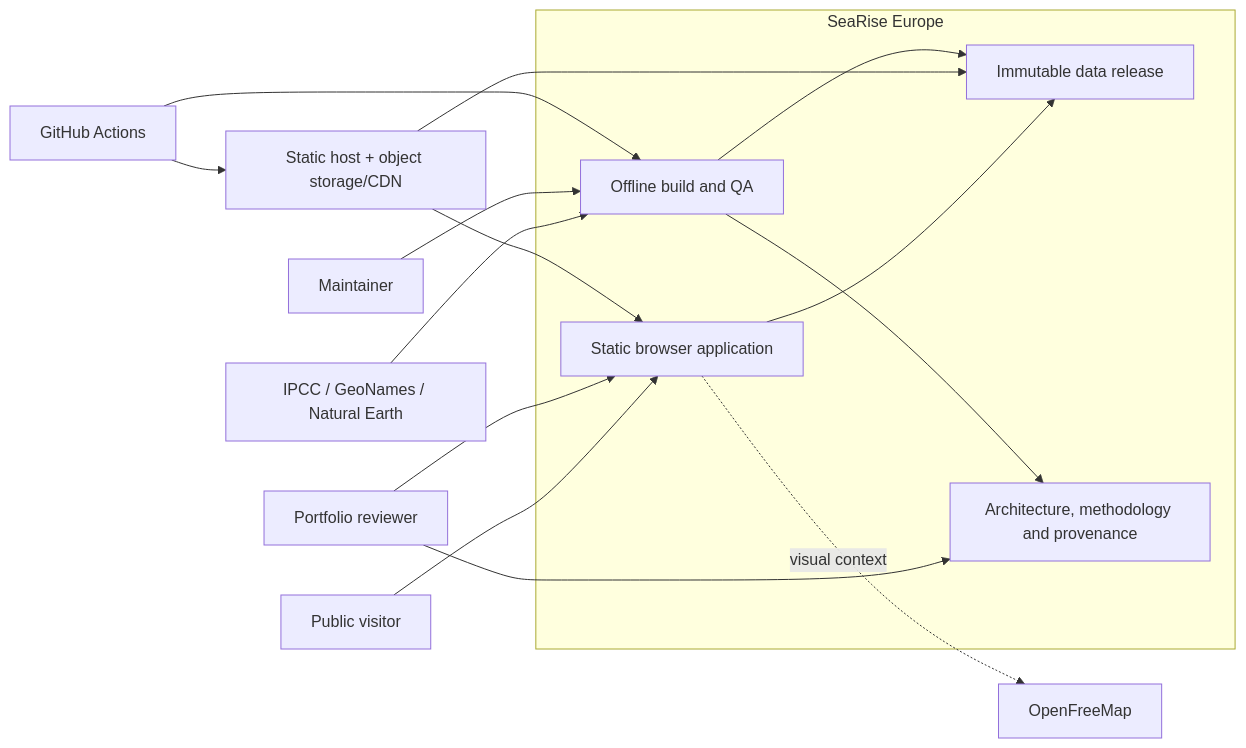
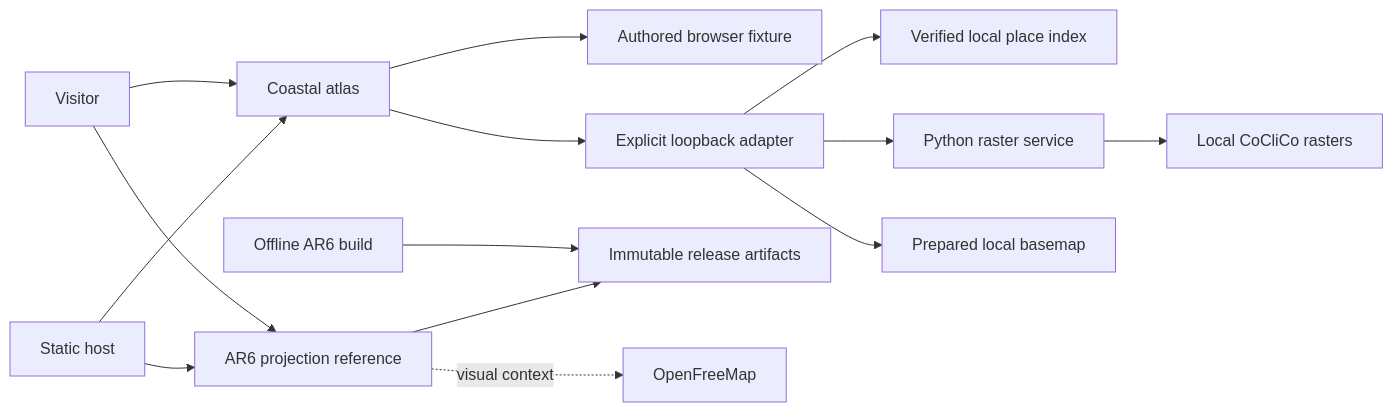
The diagram in docs/architecture/01-system-context.md (artemsemdev/SeaRise-Europe), drawn with Mermaid before and after one commit. The commit also changed other lines of this file and 1 other file, not shown here.

Commit message:
docs(architecture): describe current atlas and projection boundaries

````diff
--- a/docs/architecture/01-system-context.md
+++ b/docs/architecture/01-system-context.md
@@ -58,32 +44,16 @@
 ```mermaid
 flowchart LR
-    Visitor[Public visitor]
-    Reviewer[Portfolio reviewer]
-    Maintainer[Maintainer]
-
-    subgraph SRE[SeaRise Europe]
-        Browser[Static browser application]
-        Release[Immutable data release]
-        Pipeline[Offline build and QA]
-        Evidence[Architecture, methodology and provenance]
-    end
-
-    Sources[IPCC / GeoNames / Natural Earth]
-    Host[Static host + object storage/CDN]
-    Basemap[OpenFreeMap]
-    CI[GitHub Actions]
-
-    Visitor --> Browser
-    Reviewer --> Browser
-    Reviewer --> Evidence
-    Browser --> Release
-    Browser -. visual context .-> Basemap
-    Host --> Browser
-    Host --> Release
-    Sources --> Pipeline
-    Maintainer --> Pipeline
-    Pipeline --> Release
-    Pipeline --> Evidence
-    CI --> Pipeline
-    CI --> Host
+    User[Visitor] --> Atlas[Coastal atlas]
+    Atlas --> Fixture[Authored browser fixture]
+    Atlas --> Local[Explicit loopback adapter]
+    Local --> Places[Verified local place index]
+    Local --> Raster[Python raster service]
+    Local --> Basemap[Prepared local basemap]
+    Raster --> Files[Local CoCliCo rasters]
+    User --> Projection[AR6 projection reference]
+    Pipeline[Offline AR6 build] --> Release[Immutable release artifacts]
+    Projection --> Release
+    Projection -. visual context .-> OpenFreeMap
+    Host[Static host] --> Atlas
+    Host --> Projection
 ```
````
